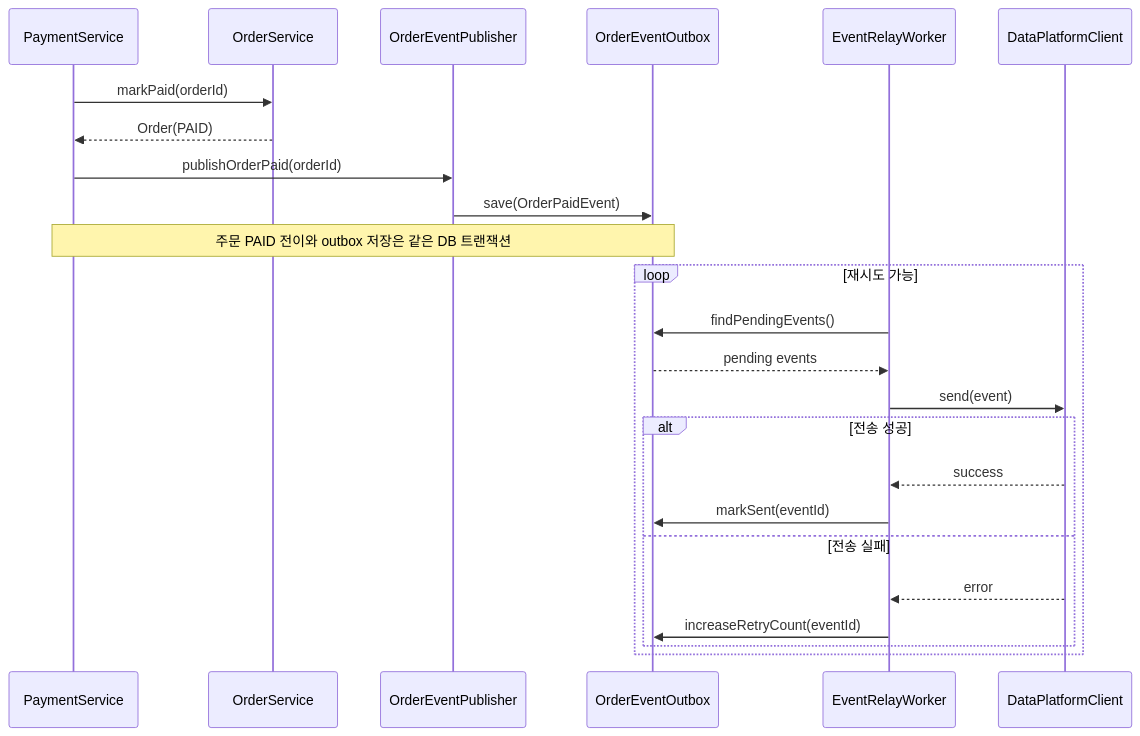
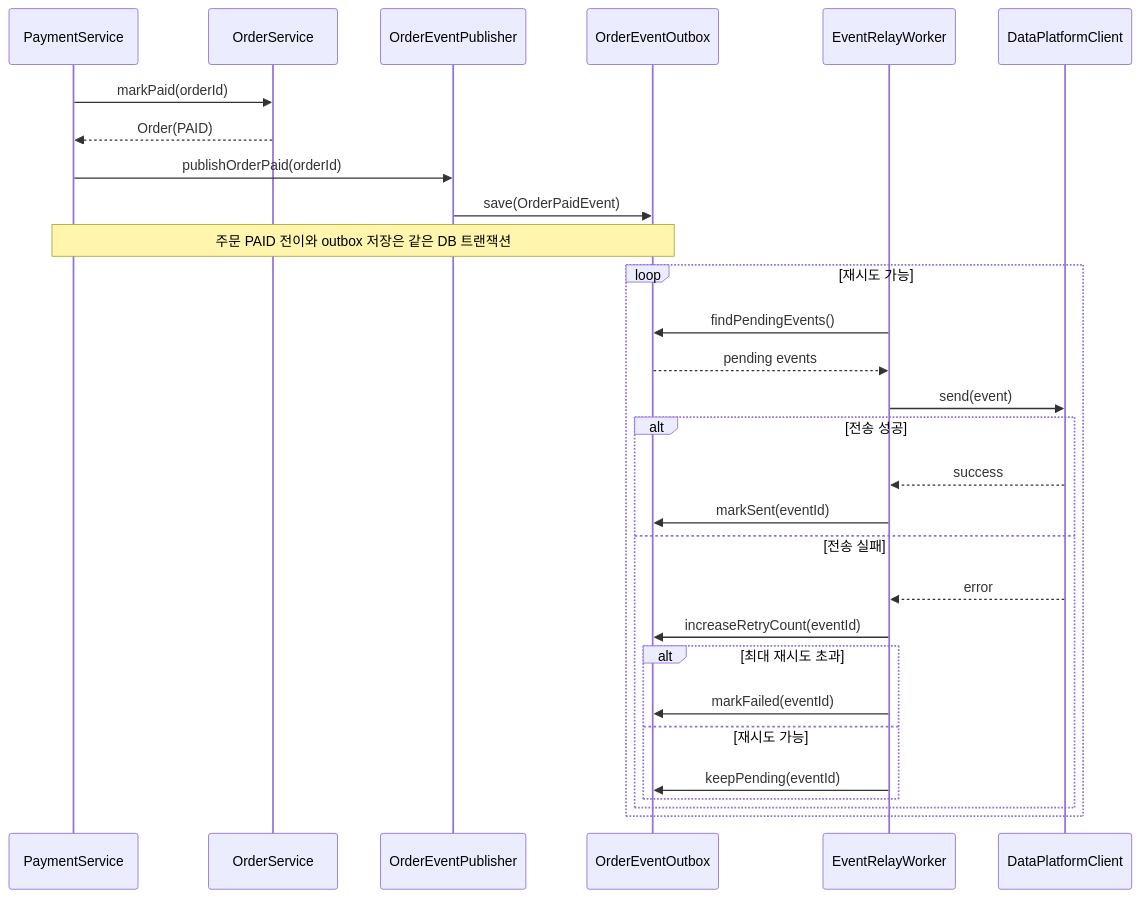
Before and after one commit to loopers-labs/loop-pack-be-l2-vol4-java: the sixth of 6 diagrams in .docs/design/02-sequence-diagrams.md, drawn with Mermaid. The commit also changed other lines of this file and 3 other files, not shown here.

````diff
--- a/.docs/design/02-sequence-diagrams.md
+++ b/.docs/design/02-sequence-diagrams.md
@@ -292,27 +305,32 @@
 ```mermaid
 sequenceDiagram
     participant PaymentService as PaymentService
     participant OrderService as OrderService
     participant EventPublisher as OrderEventPublisher
     participant Outbox as OrderEventOutbox
     participant Worker as EventRelayWorker
     participant DataPlatform as DataPlatformClient
 
     PaymentService->>OrderService: markPaid(orderId)
     OrderService-->>PaymentService: Order(PAID)
     PaymentService->>EventPublisher: publishOrderPaid(orderId)
     EventPublisher->>Outbox: save(OrderPaidEvent)
     Note over PaymentService,Outbox: 주문 PAID 전이와 outbox 저장은 같은 DB 트랜잭션
     loop 재시도 가능
         Worker->>Outbox: findPendingEvents()
         Outbox-->>Worker: pending events
         Worker->>DataPlatform: send(event)
         alt 전송 성공
             DataPlatform-->>Worker: success
             Worker->>Outbox: markSent(eventId)
         else 전송 실패
             DataPlatform-->>Worker: error
             Worker->>Outbox: increaseRetryCount(eventId)
+            alt 최대 재시도 초과
+                Worker->>Outbox: markFailed(eventId)
+            else 재시도 가능
+                Worker->>Outbox: keepPending(eventId)
+            end
         end
     end
 ```
````
